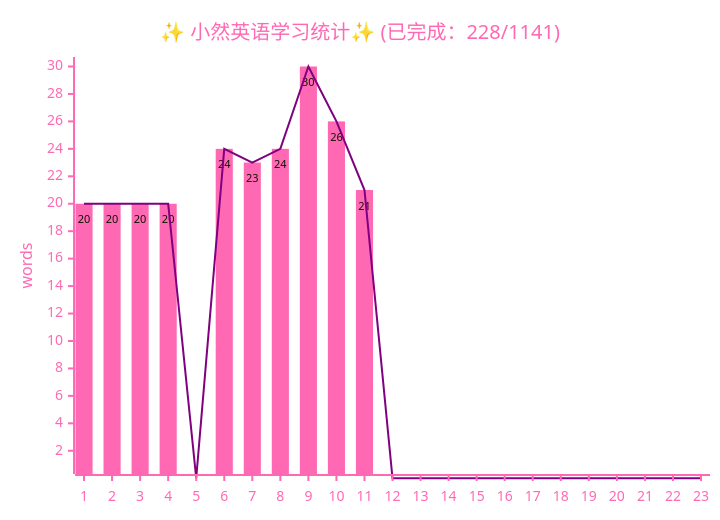
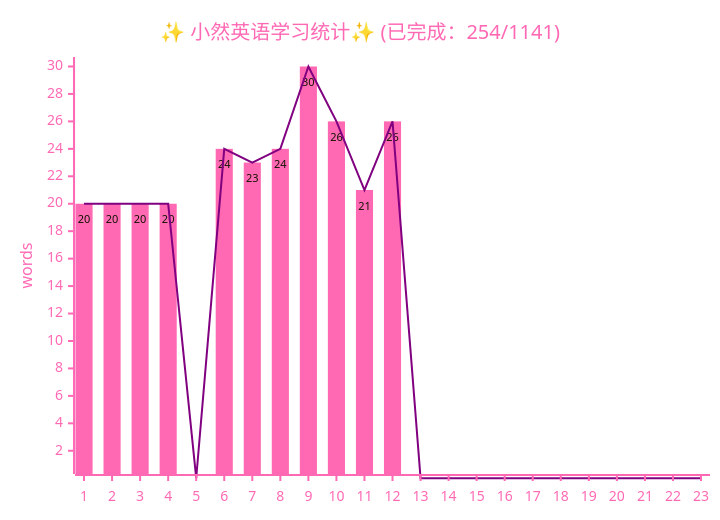
Before and after one commit to zsh-rc/zsh-rc.github.io: the diagram in docs/life-lessons/xiaoran/2026-xiaoran.md, drawn with Mermaid. The commit also changed 1 other file, not shown here.

Commit message:
xiaoran - check

```diff
--- a/docs/life-lessons/xiaoran/2026-xiaoran.md
+++ b/docs/life-lessons/xiaoran/2026-xiaoran.md
@@ -11,25 +11,25 @@
 ~~~mermaid
 ---
 config:
     xyChart:
         showDataLabel: true
     themeVariables:
         xyChart:
             titleColor: "#FF69B4"
             xAxisTitleColor: "#FF69B4"
             xAxisLabelColor: "#FF69B4"
             xAxisLineColor: "#FF69B4"
             xAxisTickColor: "#FF69B4"
             yAxisLabelColor: "#FF69B4"
             yAxisTitleColor: "#FF69B4"
             yAxisLineColor: "#FF69B4"
             yAxisTickColor: "#FF69B4"
             plotColorPalette: '#FF69B4, #800080'
 ---
 xychart
-    title "✨ 小然英语学习统计✨ (已完成：228/1141)"
+    title "✨ 小然英语学习统计✨ (已完成：254/1141)"
     y-axis "words" 1 --> 30
     x-axis [1,  2,  3,  4,  5,  6,  7,  8,  9,  10, 11, 12, 13, 14, 15, 16, 17, 18, 19, 20, 21, 22, 23]
-    bar    [20, 20, 20, 20, 0,  24, 23, 24, 30, 26,  21, 0,  0,  0,  0,  0,  0,  0,  0,  0,  0,  0,  0]
-    line   [20, 20, 20, 20, 0,  24, 23, 24, 30, 26,  21, 0,  0,  0,  0,  0,  0,  0,  0,  0,  0,  0,  0]
+    bar    [20, 20, 20, 20, 0,  24, 23, 24, 30, 26,  21, 26,  0,  0,  0,  0,  0,  0,  0,  0,  0,  0,  0]
+    line   [20, 20, 20, 20, 0,  24, 23, 24, 30, 26,  21, 26,  0,  0,  0,  0,  0,  0,  0,  0,  0,  0,  0]
 ~~~
```
